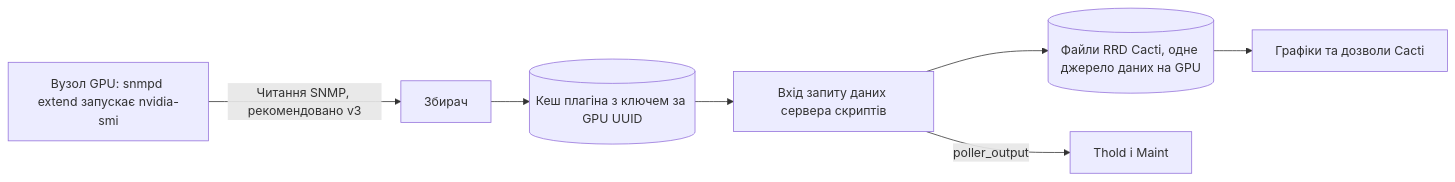
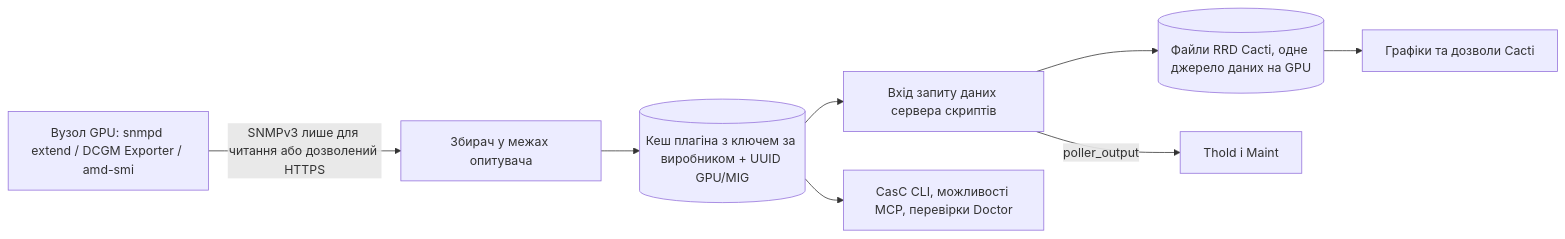
The diagram in docs/i18n/uk-UA/README.md (somethingwithproof/plugin_gpu), drawn with Mermaid before and after one commit. The commit also changed other lines of this file and 47 other files, not shown here.

````diff
--- a/docs/i18n/uk-UA/README.md
+++ b/docs/i18n/uk-UA/README.md
@@ -114,9 +114,10 @@
 ```mermaid
 flowchart LR
-    NODE[Вузол GPU: snmpd extend запускає nvidia-smi] -->|Читання SNMP, рекомендовано v3| C[Збирач]
-    C --> CACHE[(Кеш плагіна з ключем за GPU UUID)]
-    CACHE --> SS[Вхід запиту даних сервера скриптів]
-    SS --> RRD[(Файли RRD Cacti, одне джерело даних на GPU)]
-    SS -->|poller_output| T[Thold і Maint]
-    RRD --> G[Графіки та дозволи Cacti]
+    NODE["Вузол GPU: snmpd extend / DCGM Exporter / amd-smi"] -->|"SNMPv3 лише для читання або дозволений HTTPS"| C["Збирач у межах опитувача"]
+    C --> CACHE[("Кеш плагіна з ключем за виробником + UUID GPU/MIG")]
+    CACHE --> SS["Вхід запиту даних сервера скриптів"]
+    CACHE --> ECO["CasC CLI, можливості MCP, перевірки Doctor"]
+    SS --> RRD[("Файли RRD Cacti, одне джерело даних на GPU")]
+    SS -->|poller_output| T["Thold і Maint"]
+    RRD --> G["Графіки та дозволи Cacti"]
 ```
````
